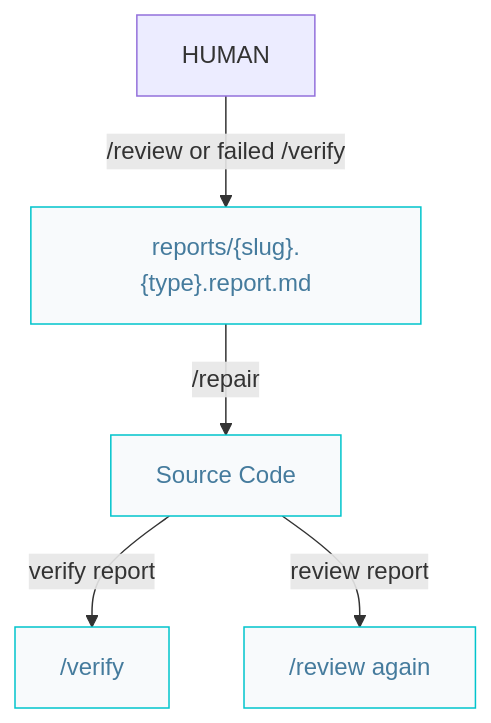
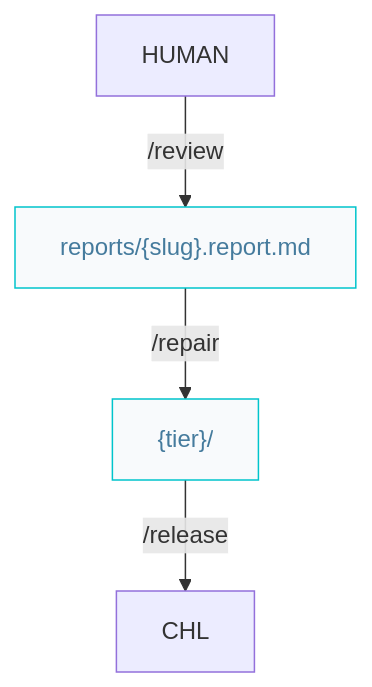
One commit to AIDDbot/AIDDbot changed the diagram in docs/craftsman.pipelines.md. Above: the diagram before and after it, drawn with Mermaid. The commit also changed other lines of this file and 5 other files, not shown here.

````diff
--- a/docs/craftsman.pipelines.md
+++ b/docs/craftsman.pipelines.md
@@ -11,15 +7,12 @@
 ```mermaid
 flowchart TD  
   HUM[HUMAN]
-  RPT["reports/{slug}.{type}.report.md"]:::nd
-  COD[Source Code]:::nd
-  RRV["/review again"]:::nd
-  VFY["/verify"]:::nd
-
-  HUM -->|/review or failed /verify| RPT
+  COD["{tier}/"]:::nd
+  RPT["reports/{slug}.report.md"]:::nd
+  
+  HUM -->|/review| RPT
   RPT -->|/repair| COD
-  COD -->|verify report| VFY
-  COD -->|review report| RRV
+  COD -->|/release| CHL
 
   classDef nd fill:#f8fafc,stroke:#00c4cc,color:#457b9d
 ```
````
